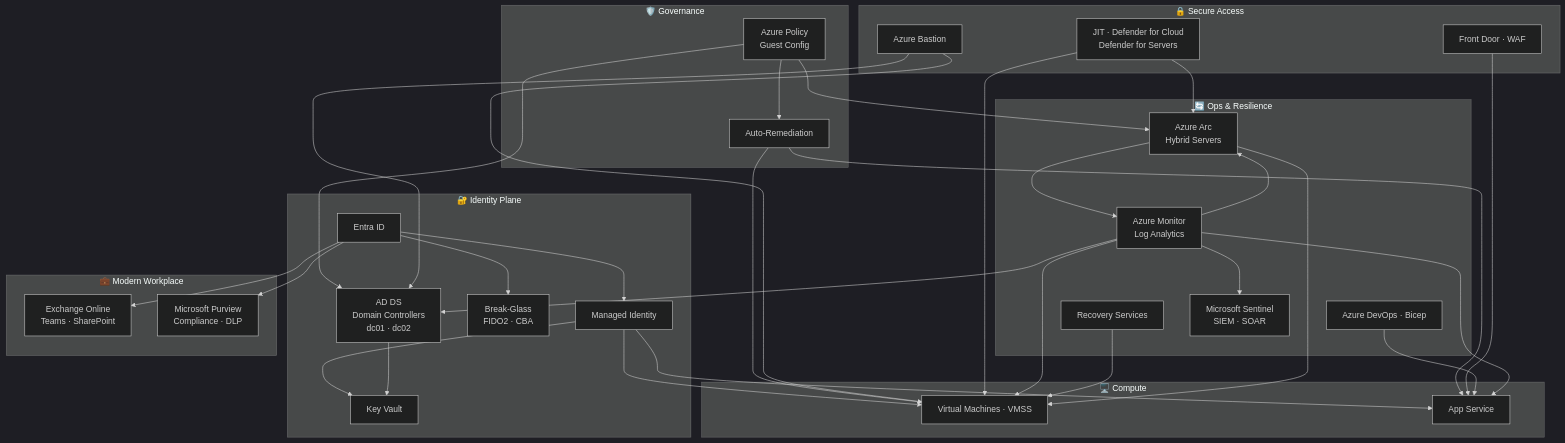
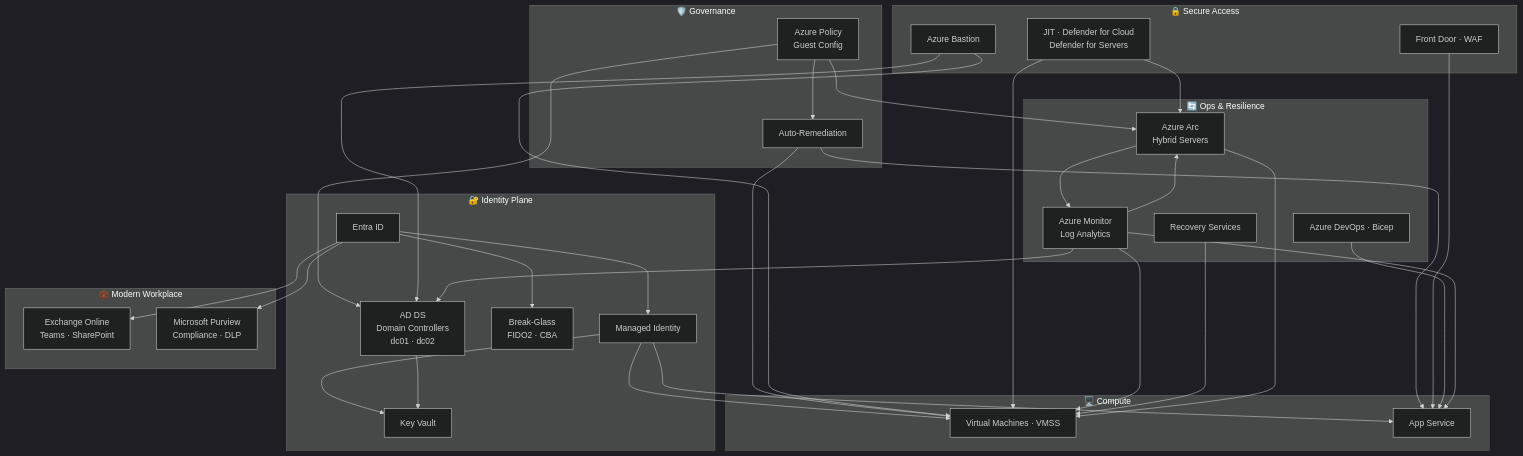
Before and after one commit to nkadwaikar/azure-hands-on-engineering: the diagram in README.md, drawn with Mermaid (dark theme). The commit also changed other lines of this file and 5 other files, not shown here.

````diff
--- a/README.md
+++ b/README.md
@@ -41,58 +41,56 @@
 ```mermaid
 flowchart TD
     subgraph Identity["🔐 Identity Plane"]
         EntraID["Entra ID"]
         MI["Managed Identity"]
         KV["Key Vault"]
         BG["Break-Glass\nFIDO2 · CBA"]
         ADDS["AD DS\nDomain Controllers\ndc01 · dc02"]
     end
     subgraph Governance["🛡️ Governance"]
         Policy["Azure Policy\nGuest Config"]
         Remediation["Auto-Remediation"]
     end
     subgraph Access["🔒 Secure Access"]
         Bastion["Azure Bastion"]
         JIT["JIT · Defender for Cloud\nDefender for Servers"]
         AFD["Front Door · WAF"]
     end
     subgraph Compute["🖥️ Compute"]
         VM["Virtual Machines · VMSS"]
         App["App Service"]
     end
     subgraph Ops["🔄 Ops & Resilience"]
         DevOps["Azure DevOps · Bicep"]
         Monitor["Azure Monitor\nLog Analytics"]
         Backup["Recovery Services"]
         Arc["Azure Arc\nHybrid Servers"]
-        Sentinel["Microsoft Sentinel\nSIEM · SOAR"]
     end
     subgraph M365["💼 Modern Workplace"]
         ExO["Exchange Online\nTeams · SharePoint"]
         Purview["Microsoft Purview\nCompliance · DLP"]
     end
 
     EntraID --> MI
     EntraID --> BG
     MI --> KV
     MI --> App
     MI --> VM
     Policy --> Remediation
     Remediation --> VM & App
     Policy --> Arc
     Policy --> ADDS
     Bastion --> VM
     Bastion --> ADDS
     JIT --> VM
     JIT --> Arc
     AFD --> App
     DevOps --> App
     Monitor --> VM & App
     Monitor --> Arc
     Monitor --> ADDS
-    Monitor --> Sentinel
     Backup --> VM
     Arc --> VM & Monitor
     ADDS --> KV
     EntraID --> ExO & Purview
 ```
````
